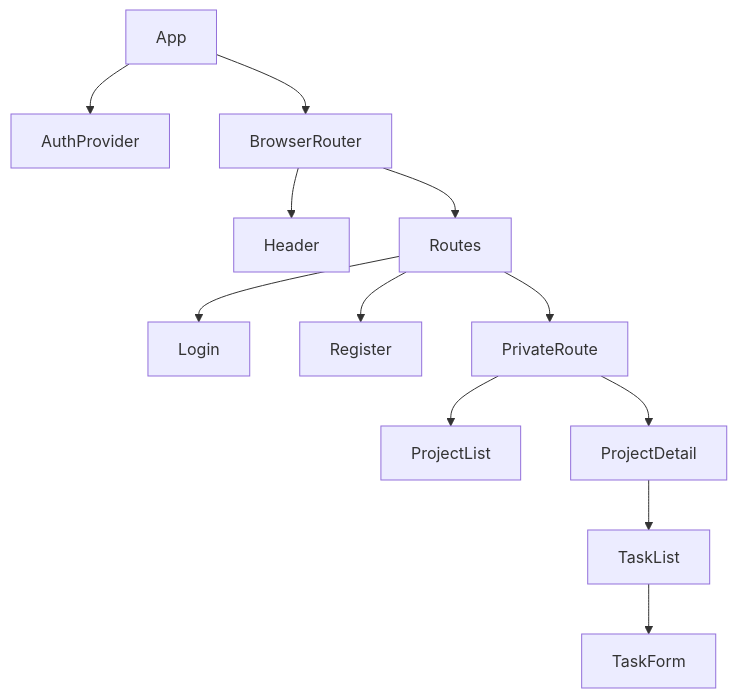
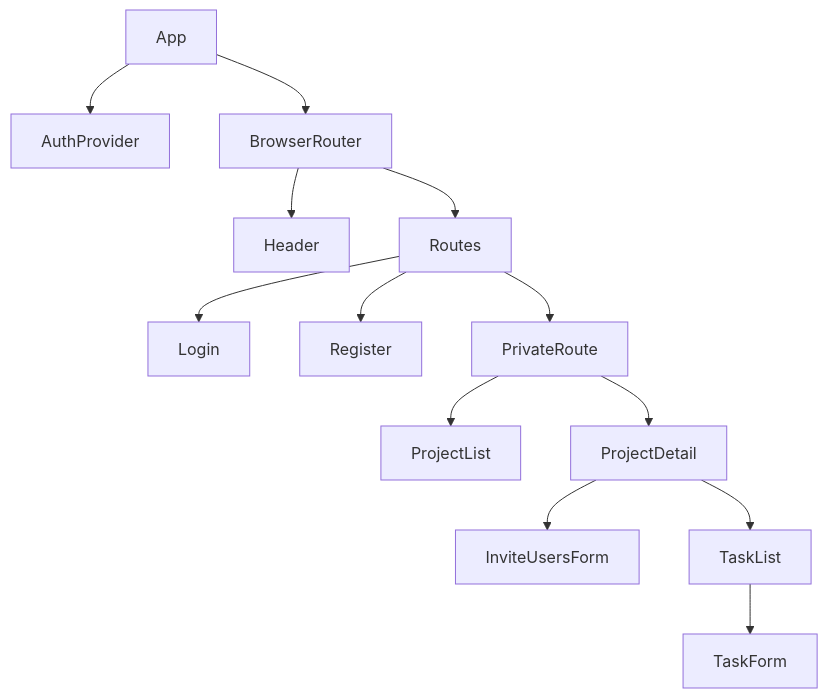
One commit to ProjectLabTeam2/DevPilot changed the second of 3 diagrams in frontend/README.md. Above: the diagram before and after it, drawn with Mermaid. The commit also changed other lines of this file, not shown here.

````diff
--- a/frontend/README.md
+++ b/frontend/README.md
@@ -46,14 +46,15 @@
 ```mermaid
 flowchart TD
     App --> AuthProvider
     App --> BrowserRouter
     BrowserRouter --> Header
     BrowserRouter --> Routes
     Routes --> Login
     Routes --> Register
     Routes --> PrivateRoute
     PrivateRoute --> ProjectList
     PrivateRoute --> ProjectDetail
+    ProjectDetail --> InviteUsersForm
     ProjectDetail --> TaskList
     TaskList --> TaskForm
 ```
````
